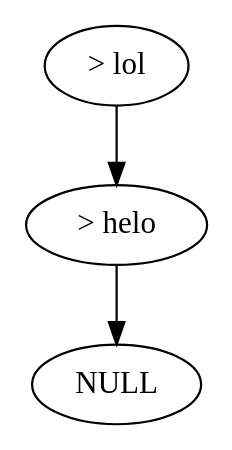
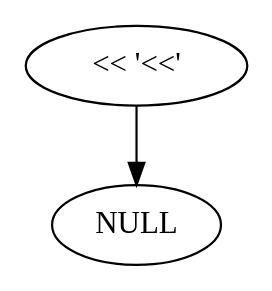
The diagram in tree.dot (YeGoRenji/minishell-1337), drawn with Graphviz before and after one commit. The commit also changed 4 other files, not shown here.

```diff
--- a/tree.dot
+++ b/tree.dot
@@ -1,7 +1,5 @@
 digraph yep {
-	n0[label="> lol"];
+	n0[label="<< '<<'"];
 	n0 -> n1;
-	n1[label="> helo"];
-	n1 -> n11;
-	n11[label="NULL"];
+	n1[label="NULL"];
 }
```
